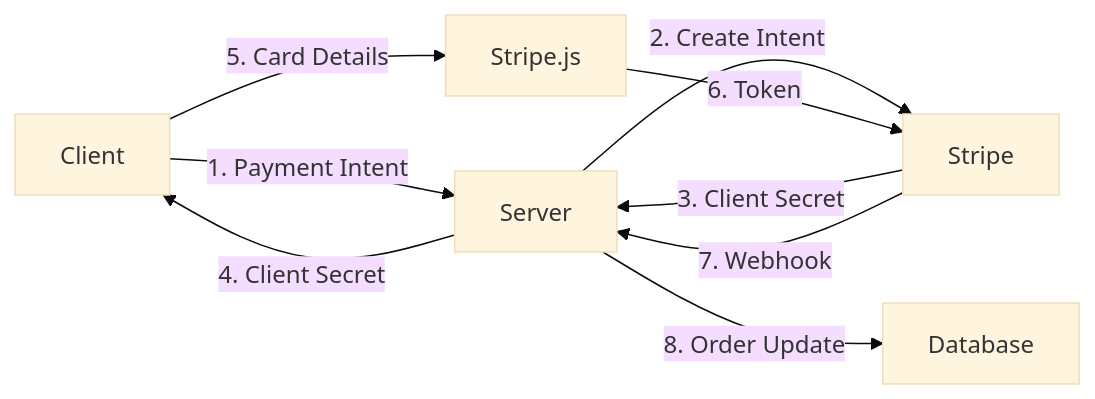
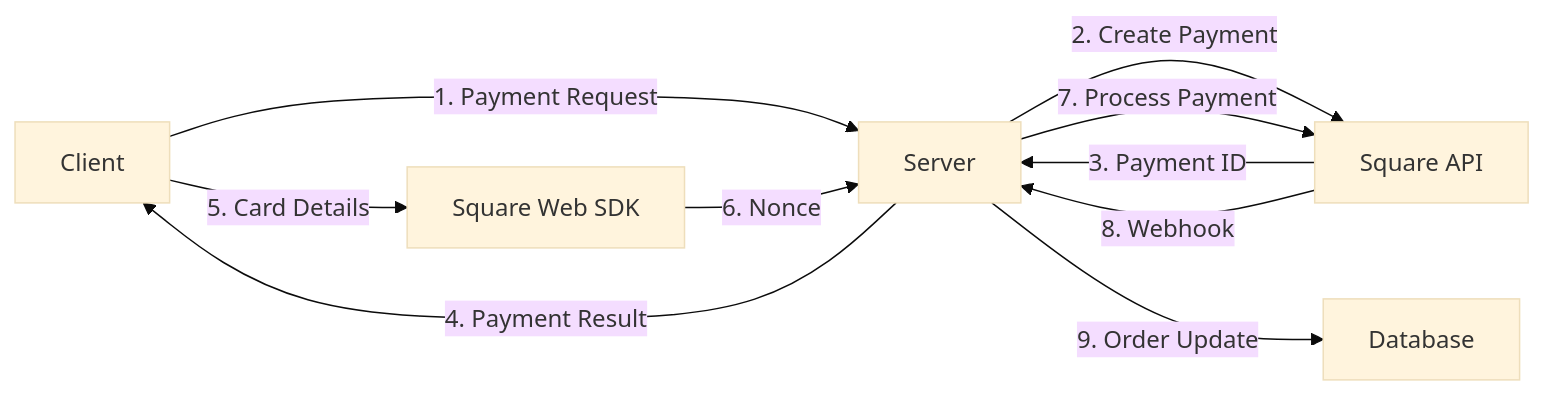
One commit to mikeyoung304/July25 changed the diagram in SECURITY.md. Above: the diagram before and after it, drawn with Mermaid (base theme). The commit also changed other lines of this file and 4 other files, not shown here.

````diff
--- a/SECURITY.md
+++ b/SECURITY.md
@@ -144,11 +144,12 @@
 ```mermaid
 graph LR
-    A[Client] -->|1. Payment Intent| B[Server]
-    B -->|2. Create Intent| C[Stripe]
-    C -->|3. Client Secret| B
-    B -->|4. Client Secret| A
-    A -->|5. Card Details| D[Stripe.js]
-    D -->|6. Token| C
-    C -->|7. Webhook| B
-    B -->|8. Order Update| E[Database]
+    A[Client] -->|1. Payment Request| B[Server]
+    B -->|2. Create Payment| C[Square API]
+    C -->|3. Payment ID| B
+    B -->|4. Payment Result| A
+    A -->|5. Card Details| D[Square Web SDK]
+    D -->|6. Nonce| B
+    B -->|7. Process Payment| C
+    C -->|8. Webhook| B
+    B -->|9. Order Update| E[Database]
 ```
````
